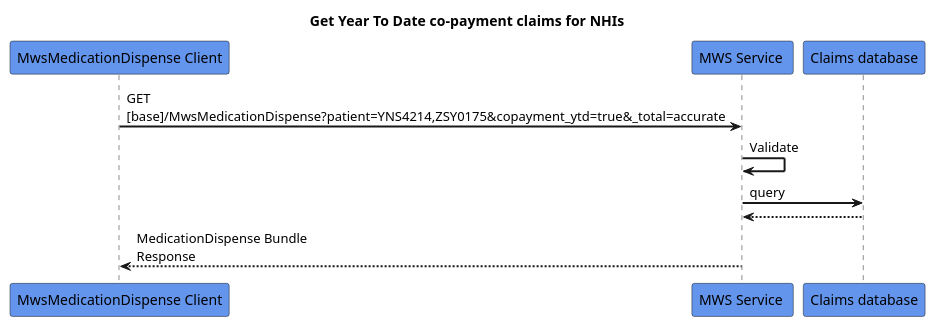
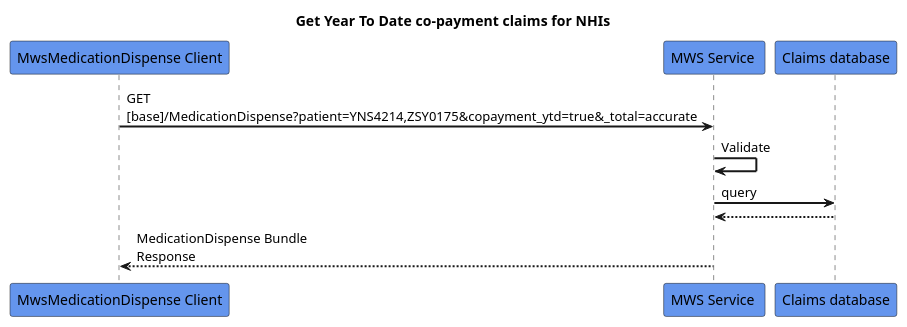
Before and after one commit to HL7NZ/mws-ig: the diagram in input/images-source/search_copayments.plantuml, drawn with PlantUML.

```diff
--- a/input/images-source/search_copayments.plantuml
+++ b/input/images-source/search_copayments.plantuml
@@ -1,18 +1,18 @@
 @startuml
 skinparam sequenceArrowThickness 2
 skinparam roundcorner 5
 skinparam maxmessagesize 180
 skinparam sequenceParticipant bold
 title Get Year To Date co-payment claims for NHIs
 participant "MwsMedicationDispense Client" as A #CornflowerBlue
 participant "MWS Service " as B #CornflowerBlue
 participant "Claims database" as C #CornflowerBlue
 
-A -> B: GET [base]/MwsMedicationDispense?patient=YNS4214,ZSY0175&copayment_ytd=true&_total=accurate
+A -> B: GET [base]/MedicationDispense?patient=YNS4214,ZSY0175&copayment_ytd=true&_total=accurate
 B -> B: Validate
 B -> C: query
 C -[dashed]-> B:
 
 B -[dashed]-> A: MedicationDispense Bundle Response 
 
 @enduml
```
